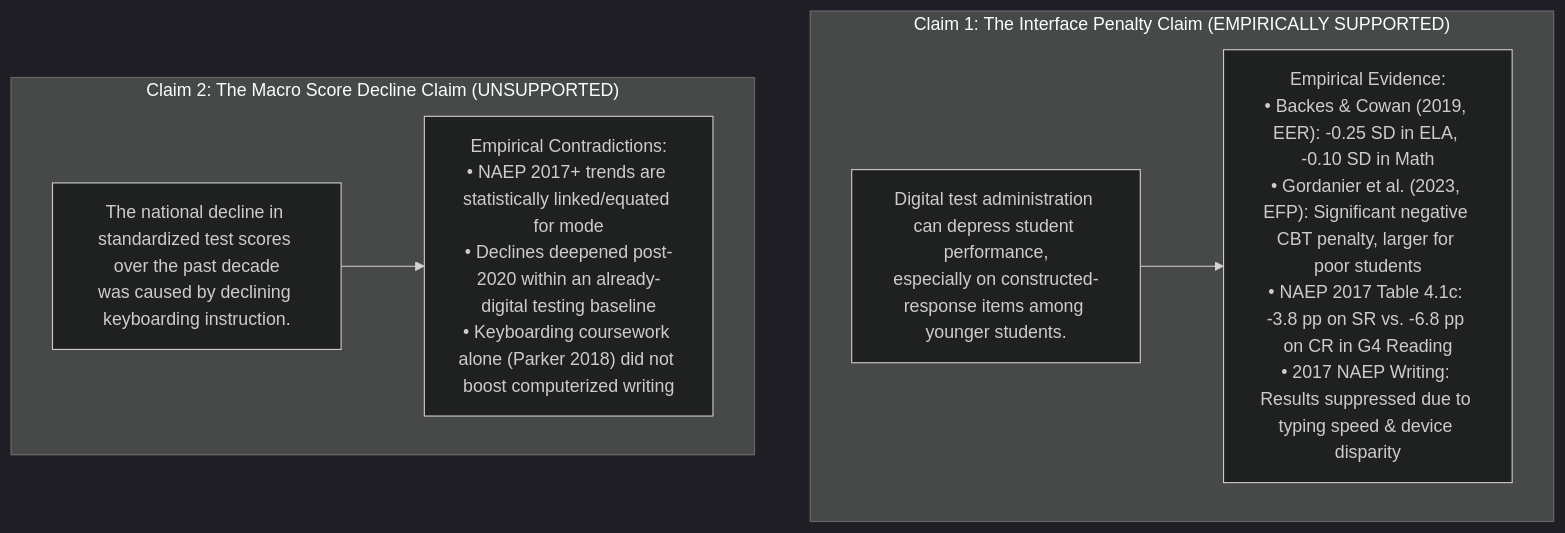
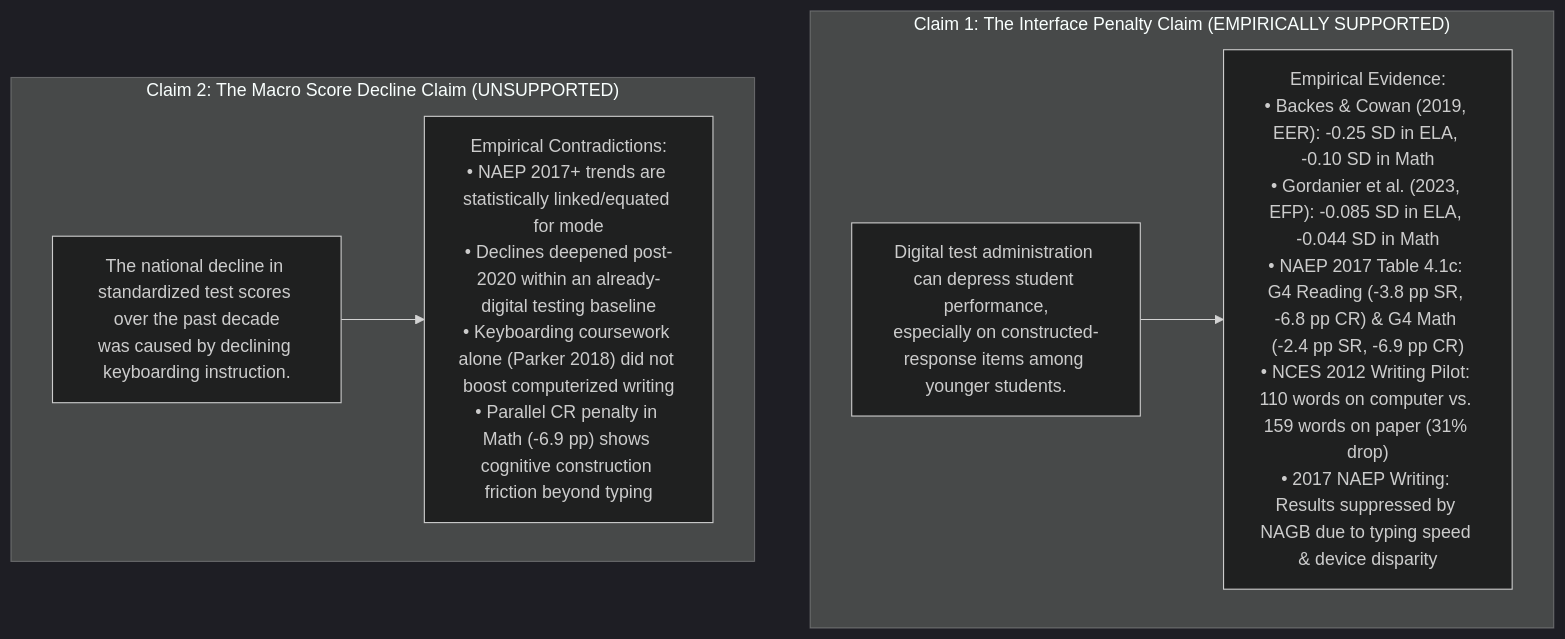
The diagram in 2026/2026-10-09-keyboarding-mode-effects/README.md (admiralorbiter/computational-sketchbook), drawn with Mermaid (dark theme) before and after one commit. The commit also changed other lines of this file and 24 other files, not shown here.

````diff
--- a/2026/2026-10-09-keyboarding-mode-effects/README.md
+++ b/2026/2026-10-09-keyboarding-mode-effects/README.md
@@ -25,14 +25,14 @@
 ```mermaid
 flowchart TD
     subgraph Claim1["Claim 1: The Interface Penalty Claim (EMPIRICALLY SUPPORTED)"]
         C1["Digital test administration can depress student performance,\nespecially on constructed-response items among younger students."]
-        E1["Empirical Evidence:\n• Backes & Cowan (2019, EER): -0.25 SD in ELA, -0.10 SD in Math\n• Gordanier et al. (2023, EFP): Significant negative CBT penalty, larger for poor students\n• NAEP 2017 Table 4.1c: -3.8 pp on SR vs. -6.8 pp on CR in G4 Reading\n• 2017 NAEP Writing: Results suppressed due to typing speed & device disparity"]
+        E1["Empirical Evidence:\n• Backes & Cowan (2019, EER): -0.25 SD in ELA, -0.10 SD in Math\n• Gordanier et al. (2023, EFP): -0.085 SD in ELA, -0.044 SD in Math\n• NAEP 2017 Table 4.1c: G4 Reading (-3.8 pp SR, -6.8 pp CR) & G4 Math (-2.4 pp SR, -6.9 pp CR)\n• NCES 2012 Writing Pilot: 110 words on computer vs. 159 words on paper (31% drop)\n• 2017 NAEP Writing: Results suppressed by NAGB due to typing speed & device disparity"]
         C1 --> E1
     end
 
     subgraph Claim2["Claim 2: The Macro Score Decline Claim (UNSUPPORTED)"]
         C2["The national decline in standardized test scores over the past decade\nwas caused by declining keyboarding instruction."]
-        E2["Empirical Contradictions:\n• NAEP 2017+ trends are statistically linked/equated for mode\n• Declines deepened post-2020 within an already-digital testing baseline\n• Keyboarding coursework alone (Parker 2018) did not boost computerized writing"]
+        E2["Empirical Contradictions:\n• NAEP 2017+ trends are statistically linked/equated for mode\n• Declines deepened post-2020 within an already-digital testing baseline\n• Keyboarding coursework alone (Parker 2018) did not boost computerized writing\n• Parallel CR penalty in Math (-6.9 pp) shows cognitive construction friction beyond typing"]
         C2 --> E2
     end
 ```
````
